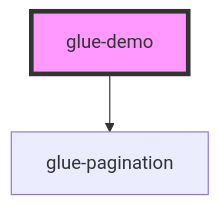
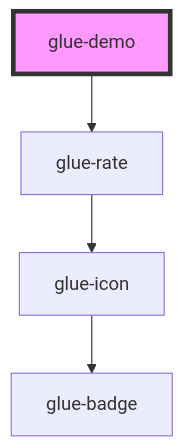
The diagram in packages/glue-components/src/components/glue-demo/readme.md (grasilife/glue), drawn with Mermaid before and after one commit. The commit also changed other lines of this file and 11 other files, not shown here.

````diff
--- a/packages/glue-components/src/components/glue-demo/readme.md
+++ b/packages/glue-components/src/components/glue-demo/readme.md
@@ -15,5 +15,7 @@
 ```mermaid
 graph TD;
-  glue-demo --> glue-pagination
+  glue-demo --> glue-rate
+  glue-rate --> glue-icon
+  glue-icon --> glue-badge
   style glue-demo fill:#f9f,stroke:#333,stroke-width:4px
 ```
````
